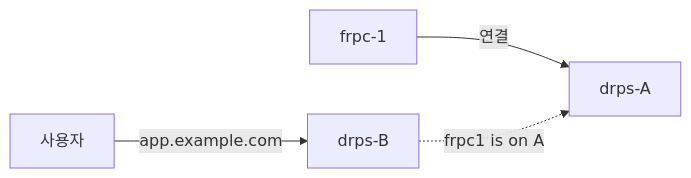
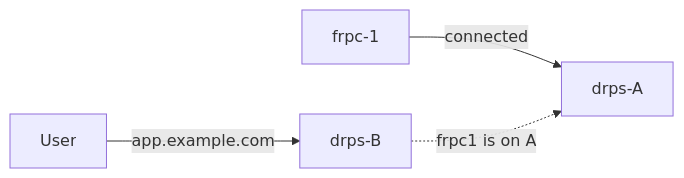
The fifth of 6 diagrams in docs/architecture/bridge-layer.md (cagojeiger/drp), drawn with Mermaid before and after one commit. The commit also changed other lines of this file and 3 other files, not shown here.

First line of the commit message:
fix(docs): rewrite all Mermaid diagrams for VS Code compatibility

````diff
--- a/docs/architecture/bridge-layer.md
+++ b/docs/architecture/bridge-layer.md
@@ -135,11 +122,11 @@
 ```mermaid
 flowchart LR
-    User[사용자]
-    A[drps-A]
-    B[drps-B]
-    F1[frpc-1]
+    User["User"]
+    A["drps-A"]
+    B["drps-B"]
+    F1["frpc-1"]
 
-    F1 -->|연결| A
+    F1 -->|"connected"| A
     User -->|"app.example.com"| B
-    B -.->|frpc1 is on A| A
+    B -.->|"frpc1 is on A"| A
 ```
````
